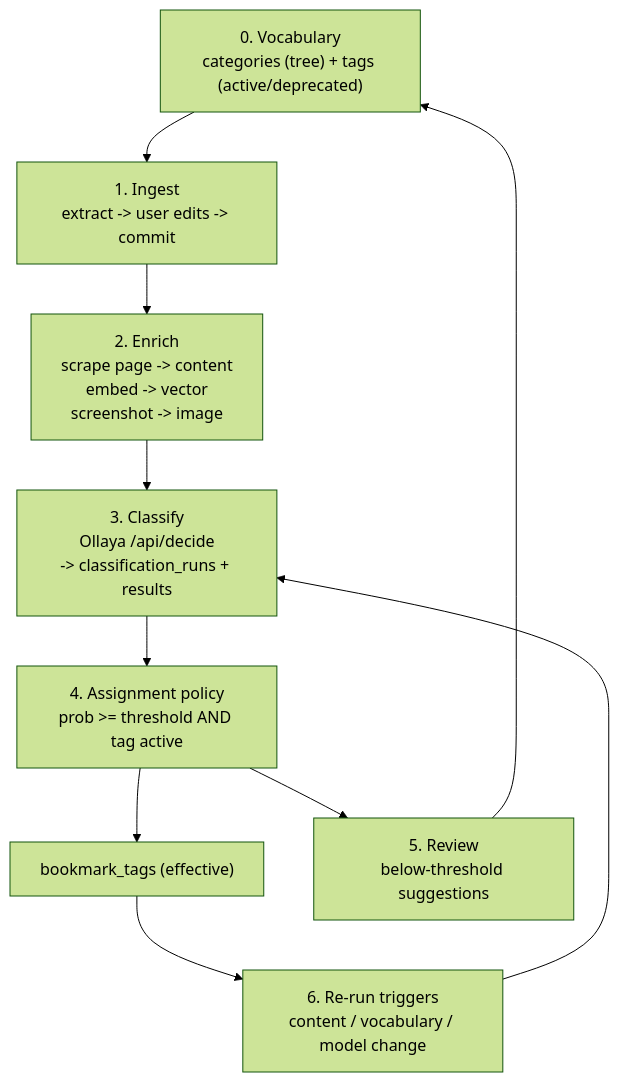
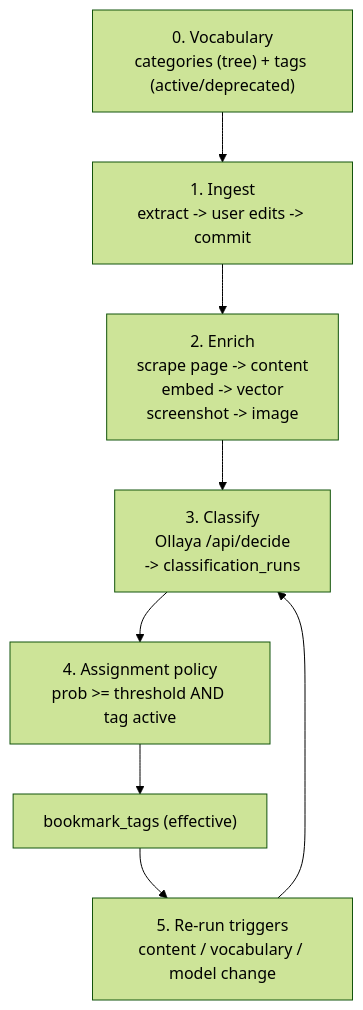
Before and after one commit to leonistor/al-yo-bo: the second of 2 diagrams in docs/ARCHITECTURE.md, drawn with Mermaid (forest theme). The commit also changed other lines of this file and 4 other files, not shown here.

Commit message:
docs: rewrite model/architecture/design for wizard-based vocabulary

````diff
--- a/docs/ARCHITECTURE.md
+++ b/docs/ARCHITECTURE.md
@@ -372,12 +371,10 @@
 ```mermaid
 flowchart TD
   V["0. Vocabulary\ncategories (tree) + tags (active/deprecated)"] --> I
   I["1. Ingest\nextract -> user edits -> commit"] --> E
   E["2. Enrich\nscrape page -> content\nembed -> vector\nscreenshot -> image"] --> C
-  C["3. Classify\nOllaya /api/decide\n-> classification_runs + results"] --> A
+  C["3. Classify\nOllaya /api/decide\n-> classification_runs"] --> A
   A["4. Assignment policy\nprob >= threshold AND tag active"] --> T["bookmark_tags (effective)"]
-  A --> R["5. Review\nbelow-threshold suggestions"]
-  R --> V
-  T --> S["6. Re-run triggers\ncontent / vocabulary / model change"]
+  T --> S["5. Re-run triggers\ncontent / vocabulary / model change"]
   S --> C
 ```
````
